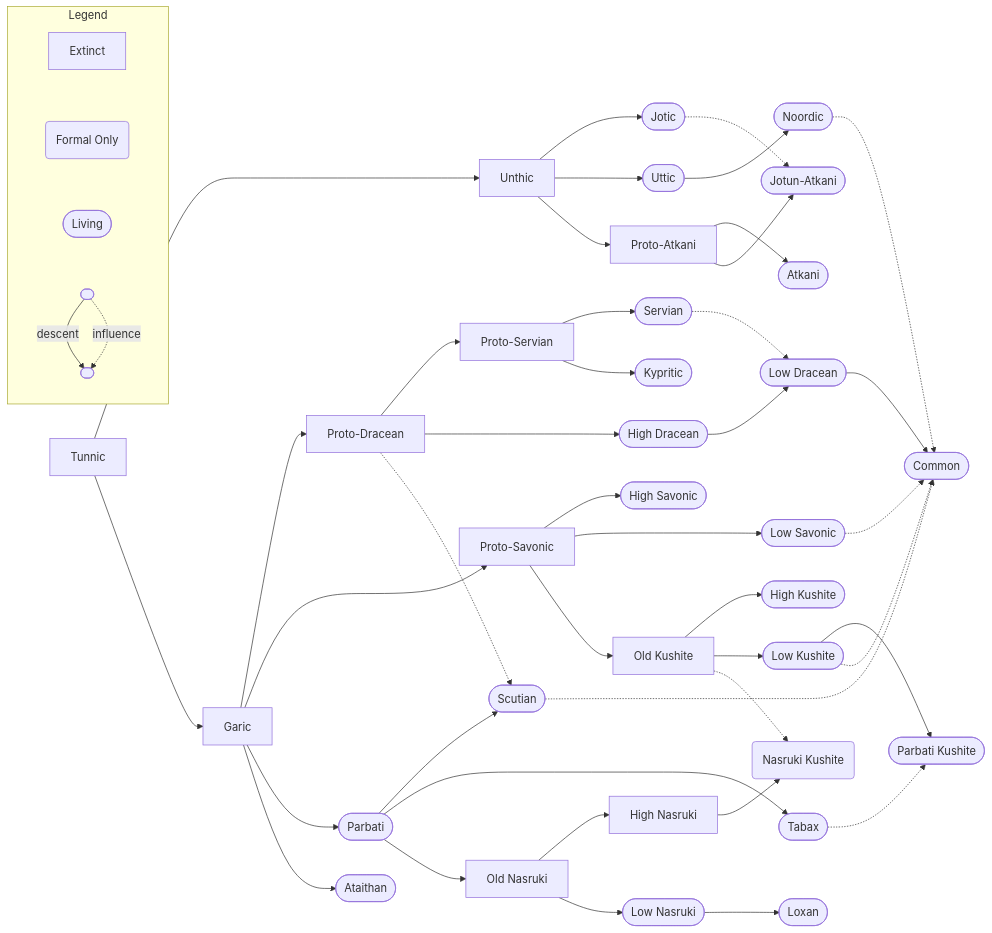
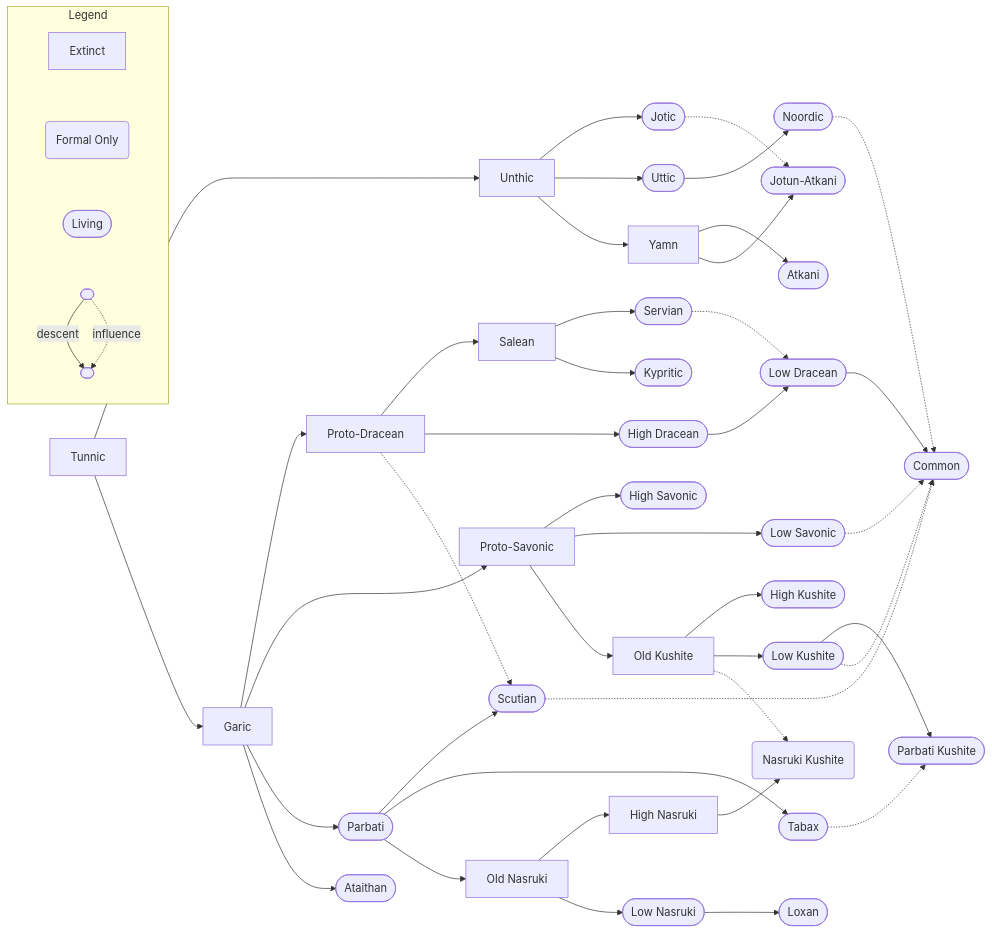
Before and after one commit to TEParsons/Iuncterra: the diagram in source/lore/languages/index.md, drawn with Mermaid.

Commit message:
Rename some proto languages

```diff
--- a/source/lore/languages/index.md
+++ b/source/lore/languages/index.md
@@ -13,7 +13,7 @@
 ataithan([Ataithan])
 proto-dracean[Proto-Dracean]
 proto-savonic[Proto-Savonic]
-proto-atkani[Proto-Atkani]
+yamn[Yamn]
 parbati([Parbati])
 old-nasruki[Old Nasruki]
 high-nasruki[High Nasruki]
@@ -24,7 +24,7 @@
 atkani([Atkani])
 jotun-atkani([Jotun-Atkani])
 noordic([Noordic])
-proto-servian[Proto-Servian]
+salean[Salean]
 servian([Servian])
 kypritic([Kypritic])
 high-dracean([High Dracean])
@@ -45,18 +45,18 @@
 
 unthic --> jotic
 unthic --> uttic
-unthic --> proto-atkani
+unthic --> yamn
 uttic --> noordic
-proto-atkani --> atkani
-proto-atkani --> jotun-atkani
+yamn --> atkani
+yamn --> jotun-atkani
 jotic -.-> jotun-atkani
 
 tunnic --> garic
 
 garic --> proto-dracean
-proto-dracean --> proto-servian
-proto-servian --> servian
-proto-servian --> kypritic
+proto-dracean --> salean
+salean --> servian
+salean --> kypritic
 proto-dracean --> high-dracean
 high-dracean --> low-dracean
 servian -.-> low-dracean
```
